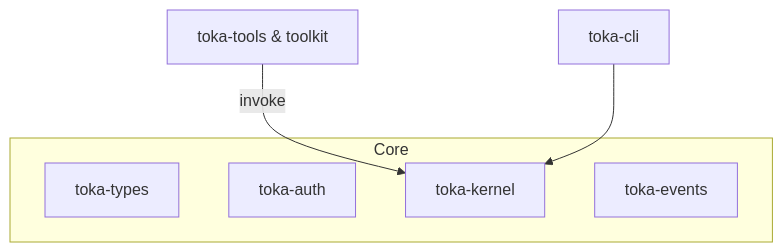
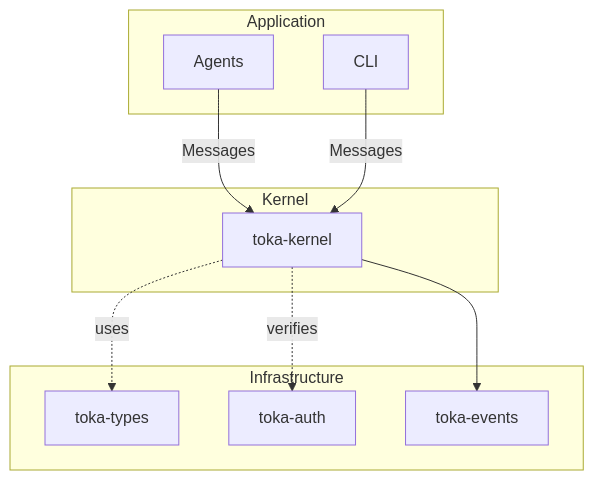
Before and after one commit to scrappyAI/Toka: the diagram in README.md, drawn with Mermaid. The commit also changed other lines of this file and 2 other files, not shown here.

Commit message:
Docs: Update README, add workspace report, and refine kernel documentation

````diff
--- a/README.md
+++ b/README.md
@@ -52,12 +54,23 @@
 ```mermaid
 graph TD
-  subgraph Core
-    types[toka-types]
-    auth[toka-auth]
-    kernel[toka-kernel]
-    events[toka-events]
+  subgraph Application
+    Agents
+    CLI
   end
 
-  tools[toka-tools & toolkit] -->|invoke| kernel
-  cli[toka-cli] --> kernel
+  subgraph Kernel
+    K[toka-kernel]
+  end
+
+  subgraph Infrastructure
+    Types[toka-types]
+    Auth[toka-auth]
+    Events[toka-events]
+  end
+
+  Agents -->|Messages| K
+  CLI -->|Messages| K
+  K --> Events
+  K -. verifies .-> Auth
+  K -. uses .-> Types
 ```
````
